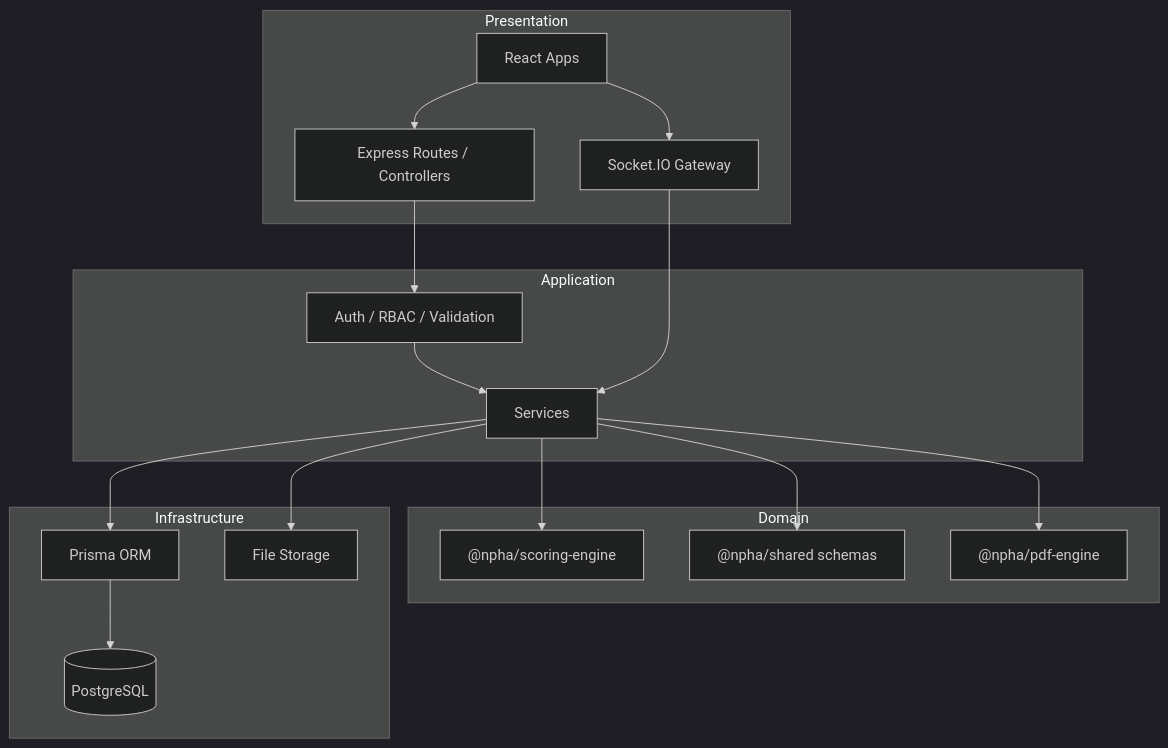
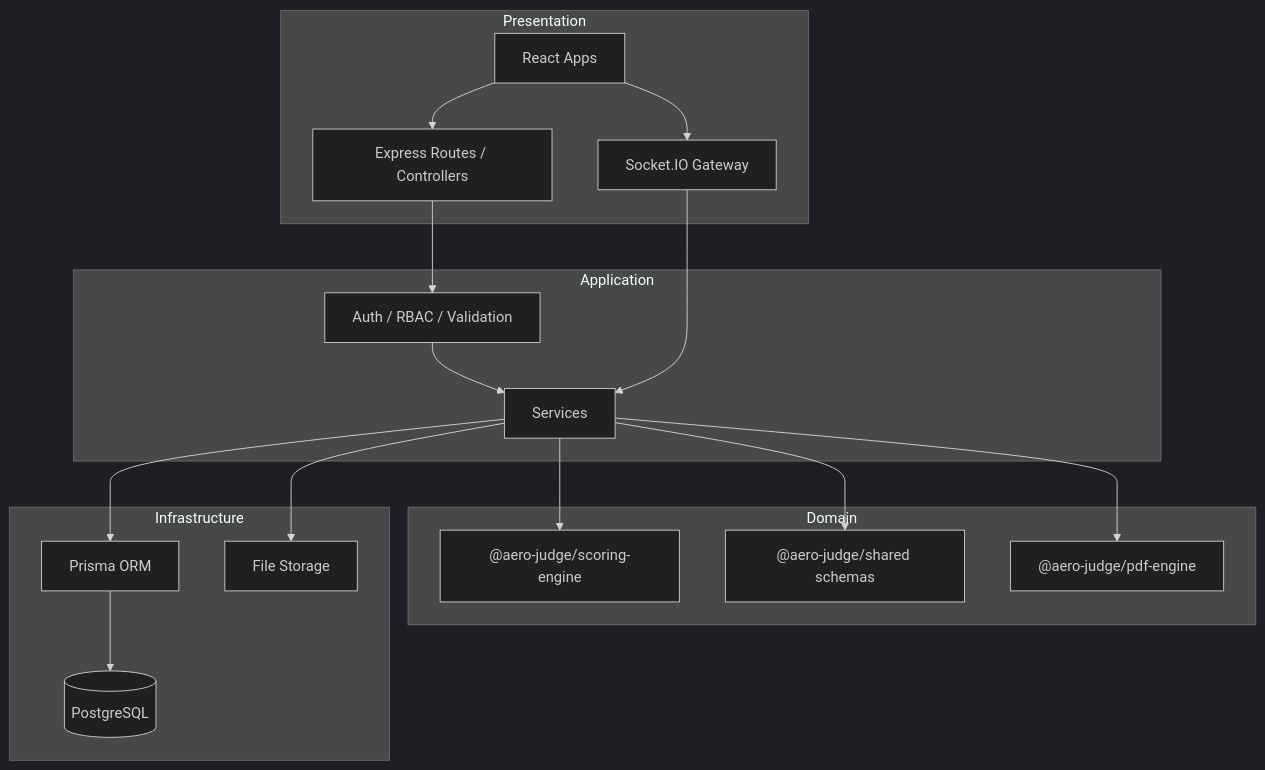
Before and after one commit to Pratap22/aerojudge-accuracy-cms: the first of 5 diagrams in docs/architecture/OVERVIEW.md, drawn with Mermaid (dark theme). The commit also changed other lines of this file and 193 other files, not shown here.

First line of the commit message:
Rename workspace packages from @npha to @aero-judge.

````diff
--- a/docs/architecture/OVERVIEW.md
+++ b/docs/architecture/OVERVIEW.md
@@ -9,35 +9,35 @@
 ```mermaid
 flowchart TB
     subgraph Presentation
         Apps[React Apps]
         API_Routes[Express Routes / Controllers]
         Socket[Socket.IO Gateway]
     end
 
     subgraph Application
         Services[Services]
         Middleware[Auth / RBAC / Validation]
     end
 
     subgraph Domain
-        ScoringEngine["@npha/scoring-engine"]
-        Shared["@npha/shared schemas"]
-        PDFEngine["@npha/pdf-engine"]
+        ScoringEngine["@aero-judge/scoring-engine"]
+        Shared["@aero-judge/shared schemas"]
+        PDFEngine["@aero-judge/pdf-engine"]
     end
 
     subgraph Infrastructure
         Prisma[Prisma ORM]
         PostgreSQL[(PostgreSQL)]
         Uploads[File Storage]
     end
 
     Apps --> API_Routes
     Apps --> Socket
     API_Routes --> Middleware --> Services
     Socket --> Services
     Services --> ScoringEngine
     Services --> PDFEngine
     Services --> Shared
     Services --> Prisma --> PostgreSQL
     Services --> Uploads
 ```
````
